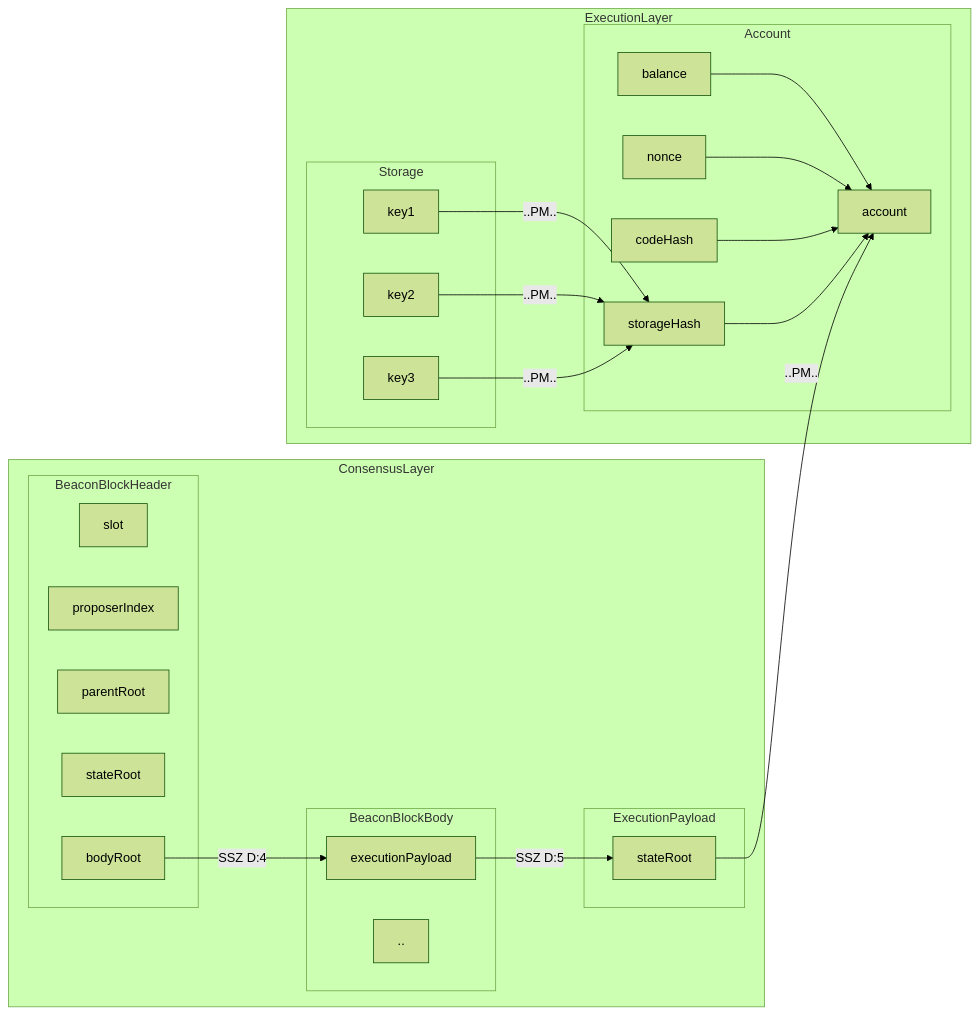
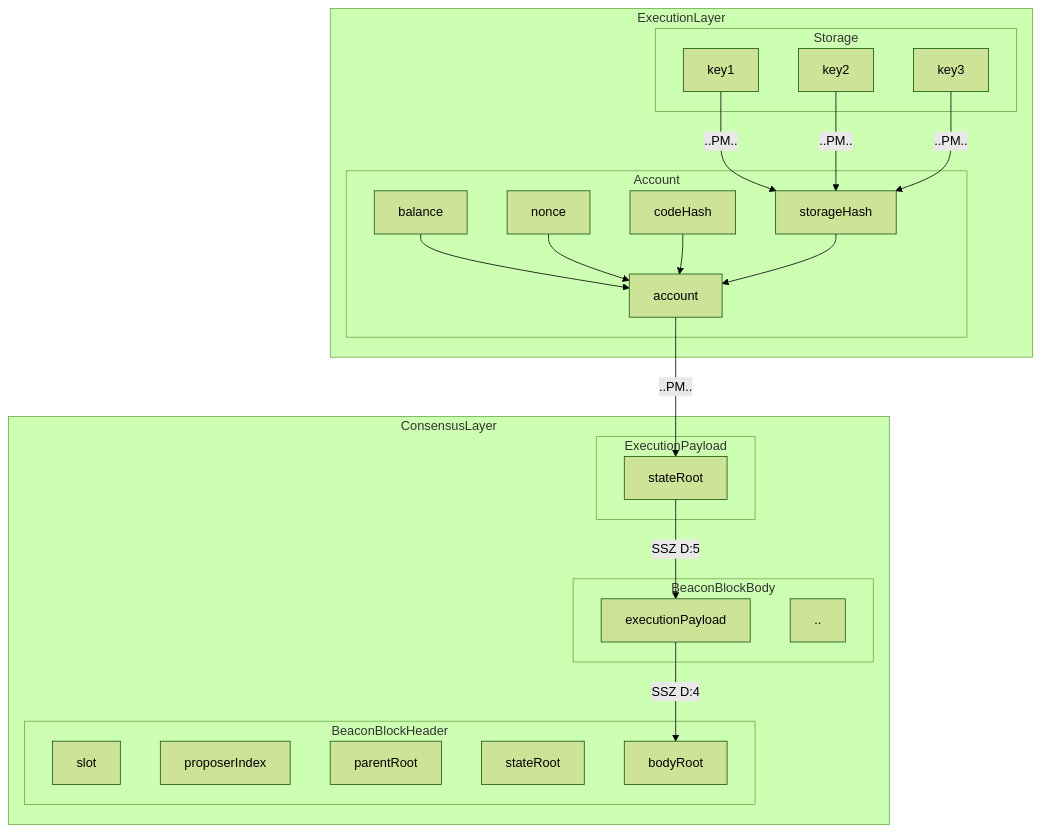
One commit to corpus-core/colibri-stateless changed the fourth of 5 diagrams in README.md. Above: the diagram before and after it, drawn with Mermaid (forest theme). The commit also changed other lines of this file and 1 other file, not shown here.

````diff
--- a/README.md
+++ b/README.md
@@ -219,43 +514,33 @@
-```mermaid
-flowchart LR
-
-    subgraph "ExecutionLayer"
-    
-        subgraph "Account"
-            balance --> account
-            nonce --> account
-            codeHash --> account
-            storageHash --> account
-        end
-
-        subgraph "Storage"
-            key1 --..PM..-->storageHash
-            key2 --..PM..-->storageHash
-            key3 --..PM..-->storageHash
-        end
-    end
-
-    subgraph "ConsensusLayer"
-
-        subgraph "ExecutionPayload"
-            stateRoot --..PM..--> account
-        end
-
-        subgraph "BeaconBlockBody"
-            executionPayload --SSZ D:5--> stateRoot
-            m[".."]
-        end
-
-        subgraph "BeaconBlockHeader"
-            slot
-            proposerIndex
-            parentRoot
-            s[stateRoot]
-            bodyRoot --SSZ D:4--> executionPayload
-        end
-
-    end
-
-
-
-```
+ ```mermaid
+ flowchart TB
+     subgraph "ExecutionLayer"
+         class ExecutionLayer transparent
+         subgraph "Account"
+             balance --> account
+             nonce --> account
+             codeHash --> account
+             storageHash --> account
+         end
+         subgraph "Storage"
+             key1 --..PM..-->storageHash
+             key2 --..PM..-->storageHash
+             key3 --..PM..-->storageHash
+         end
+     end
+     subgraph "ConsensusLayer"
+         subgraph "ExecutionPayload"
+             account --..PM..--> stateRoot
+         end
+         subgraph "BeaconBlockBody"
+             stateRoot --SSZ D:5--> executionPayload
+             m[".."]
+         end
+         subgraph "BeaconBlockHeader"
+             slot
+             proposerIndex
+             parentRoot
+             s[stateRoot]
+             executionPayload  --SSZ D:4--> bodyRoot
+         end
+     end
+ ```
````
